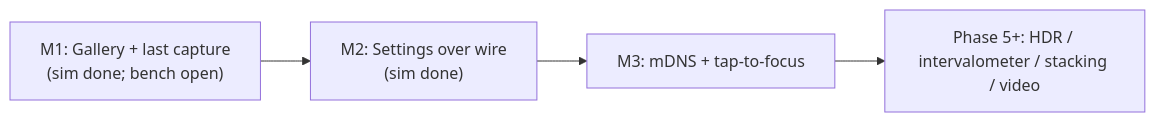
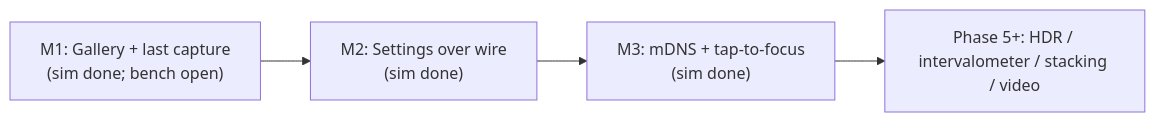
Before and after one commit to cjlawson02/5dcontrol: the second of 4 diagrams in docs/ROADMAP.md, drawn with Mermaid. The commit also changed other lines of this file and 55 other files, not shown here.

First line of the commit message:
feat: connect via mDNS and tap-to-focus on the viewfinder

````diff
--- a/docs/ROADMAP.md
+++ b/docs/ROADMAP.md
@@ -124,6 +128,6 @@
 ```mermaid
 flowchart LR
   M1["M1: Gallery + last capture<br/>(sim done; bench open)"] --> M2["M2: Settings over wire<br/>(sim done)"]
-  M2 --> M3["M3: mDNS + tap-to-focus"]
+  M2 --> M3["M3: mDNS + tap-to-focus<br/>(sim done)"]
   M3 --> Later["Phase 5+: HDR / intervalometer / stacking / video"]
 ```
````
